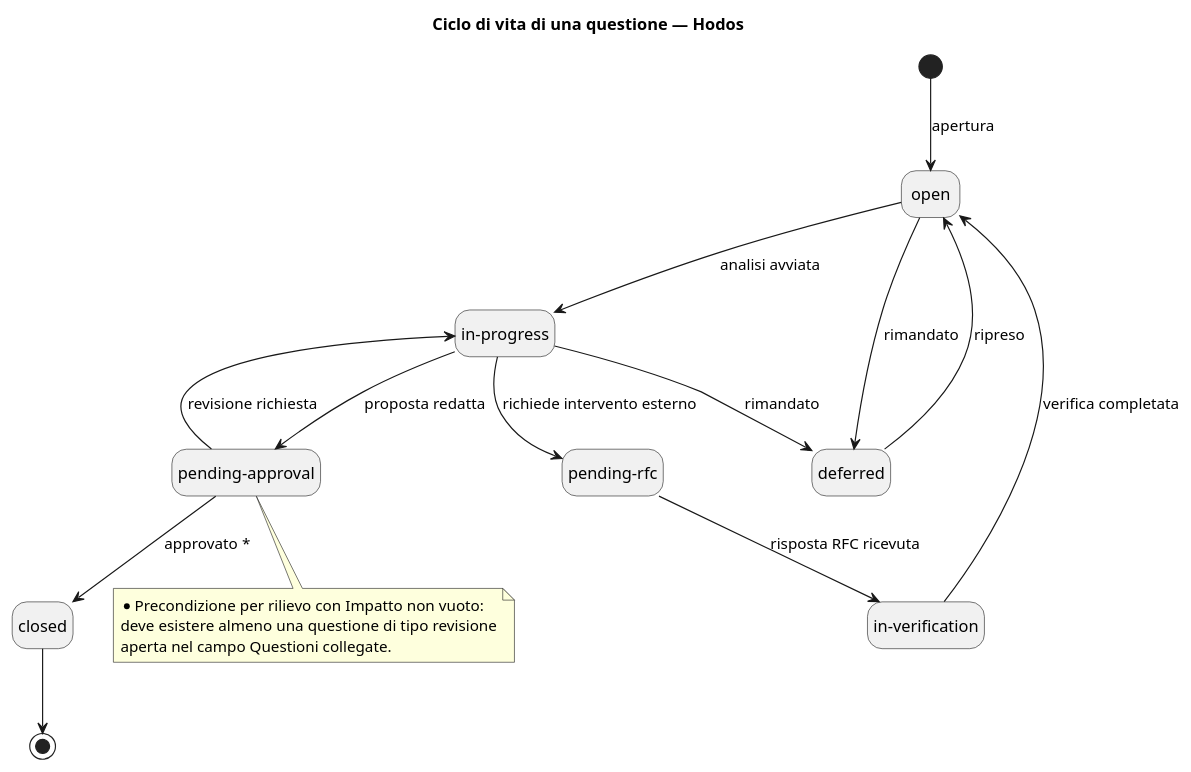
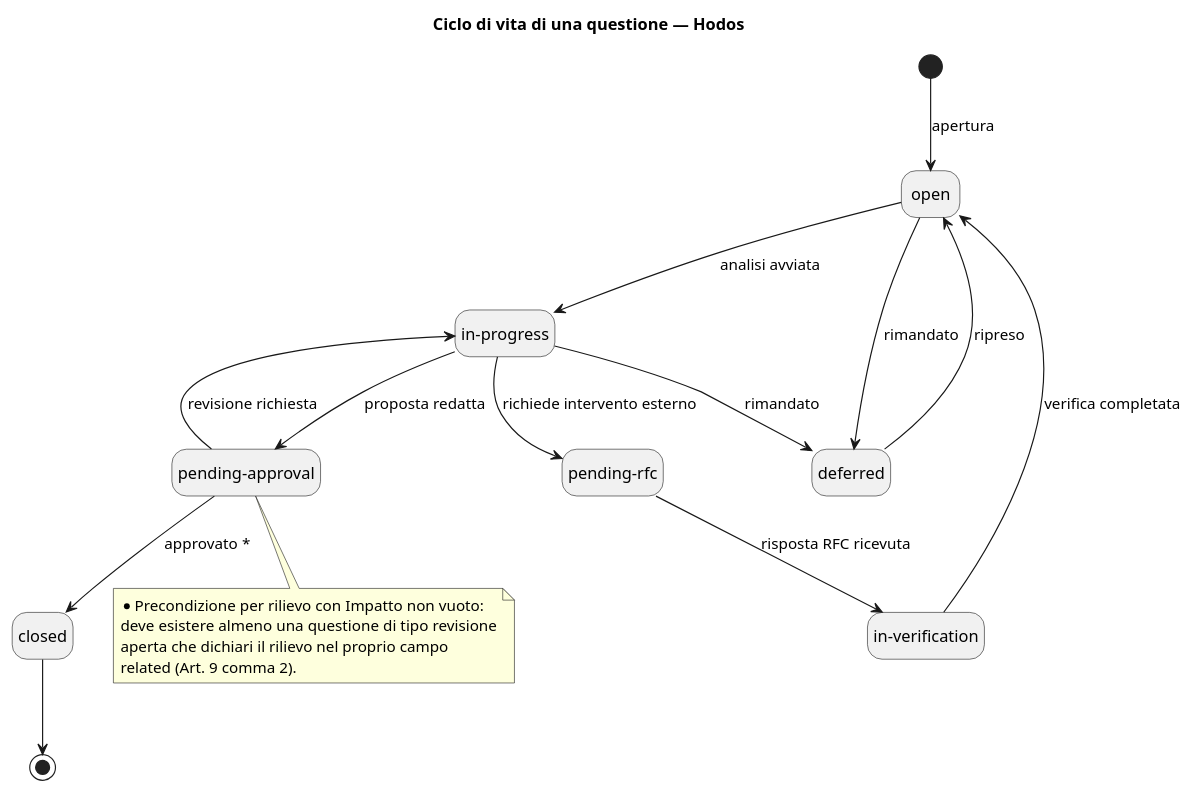
Before and after one commit to fabiopellati/hodos: the diagram in it_IT/diagrams/ciclo-questione.puml, drawn with PlantUML. The commit also changed 17 other files, not shown here.

```diff
--- a/it_IT/diagrams/ciclo-questione.puml
+++ b/it_IT/diagrams/ciclo-questione.puml
@@ -1,40 +1,41 @@
 @startuml ciclo-questione
 title Ciclo di vita di una questione — Hodos
 
 hide empty description
 
 state "open" as open
 state "in-progress" as in_progress
 state "pending-approval" as pending_approval
 state "pending-rfc" as pending_rfc
 state "in-verification" as in_verification
 state "deferred" as deferred
 state "closed" as closed
 
 [*] --> open : apertura
 
 open --> in_progress : analisi avviata
 open --> deferred : rimandato
 
 in_progress --> pending_approval : proposta redatta
 in_progress --> pending_rfc : richiede intervento esterno
 in_progress --> deferred : rimandato
 
 pending_approval --> in_progress : revisione richiesta
 pending_approval --> closed : approvato *
 
 pending_rfc --> in_verification : risposta RFC ricevuta
 
 in_verification --> open : verifica completata
 
 deferred --> open : ripreso
 
 closed --> [*]
 
 note bottom of pending_approval
   * Precondizione per rilievo con Impatto non vuoto:
   deve esistere almeno una questione di tipo revisione
-  aperta nel campo Questioni collegate.
+  aperta che dichiari il rilievo nel proprio campo
+  related (Art. 9 comma 2).
 end note
 
 @enduml
```
